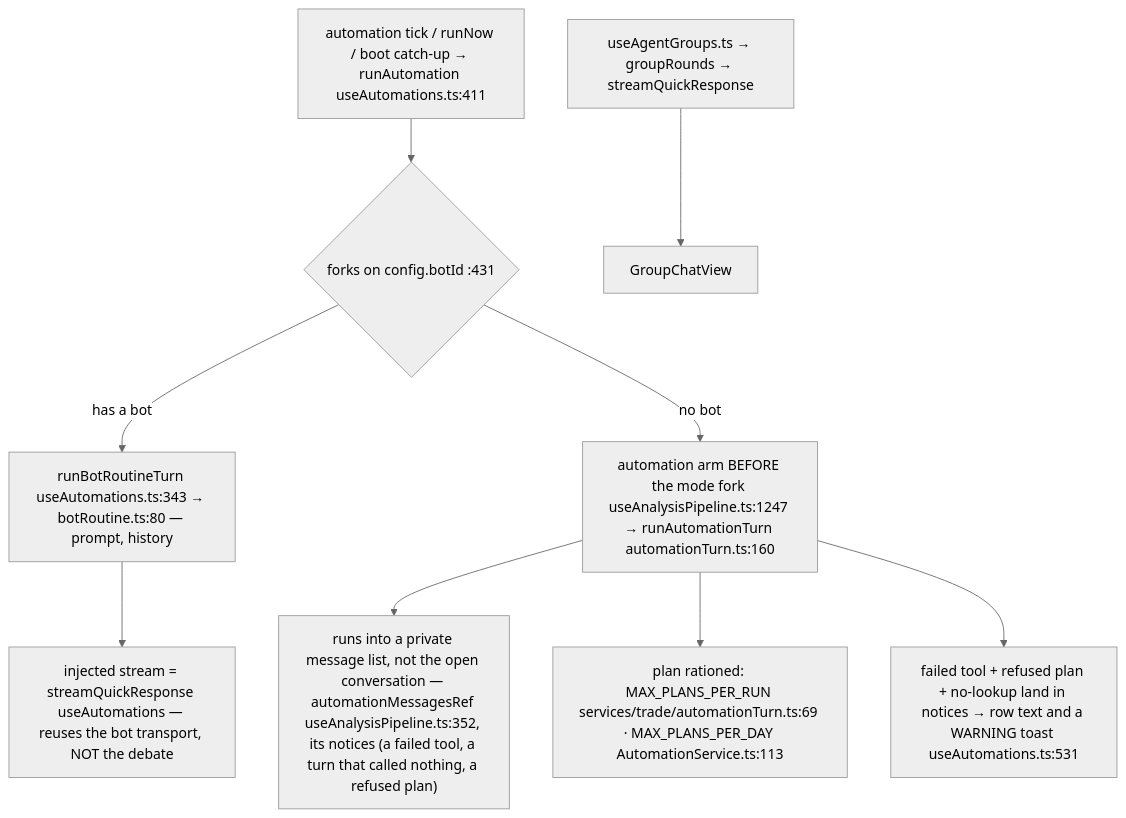
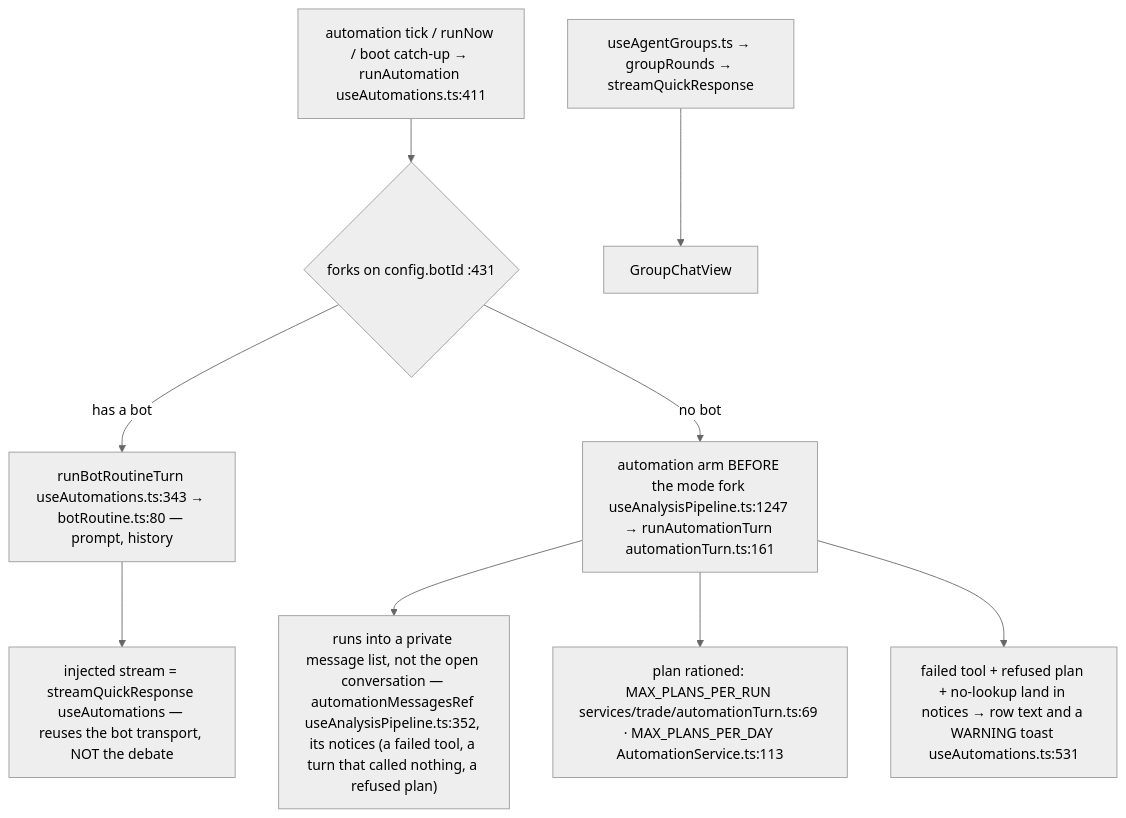
Before and after one commit to Acepay25/august-3.5: the fifth of 7 diagrams in docs/app-flow.md, drawn with Mermaid (neutral theme). The commit also changed other lines of this file and 2 other files, not shown here.

First line of the commit message:
docs(flow): 12 more citations moved onto real code, ceiling 46 -> 34

````diff
--- a/docs/app-flow.md
+++ b/docs/app-flow.md
@@ -298,11 +298,11 @@
 ```mermaid
 flowchart TD
     TK["automation tick / runNow / boot catch-up → runAutomation useAutomations.ts:411"] --> D{"forks on config.botId :431"}
     D -->|has a bot| BR["runBotRoutineTurn useAutomations.ts:343 → botRoutine.ts:80 — prompt, history"]
     BR --> ST["injected stream = streamQuickResponse useAutomations — reuses the bot transport, NOT the debate"]
-    D -->|no bot| AT["automation arm BEFORE the mode fork useAnalysisPipeline.ts:1247 → runAutomationTurn automationTurn.ts:160"]
+    D -->|no bot| AT["automation arm BEFORE the mode fork useAnalysisPipeline.ts:1247 → runAutomationTurn automationTurn.ts:161"]
     AT --> PRIV["runs into a private message list, not the open conversation — automationMessagesRef useAnalysisPipeline.ts:352, its notices (a failed tool, a turn that called nothing, a refused plan)"]
     AT --> CAP["plan rationed: MAX_PLANS_PER_RUN services/trade/automationTurn.ts:69 · MAX_PLANS_PER_DAY AutomationService.ts:113"]
     AT --> FAIL["failed tool + refused plan + no-lookup land in notices → row text and a WARNING toast useAutomations.ts:531"]
     GR["useAgentGroups.ts → groupRounds → streamQuickResponse"] --> GV["GroupChatView"]
 ```
````
